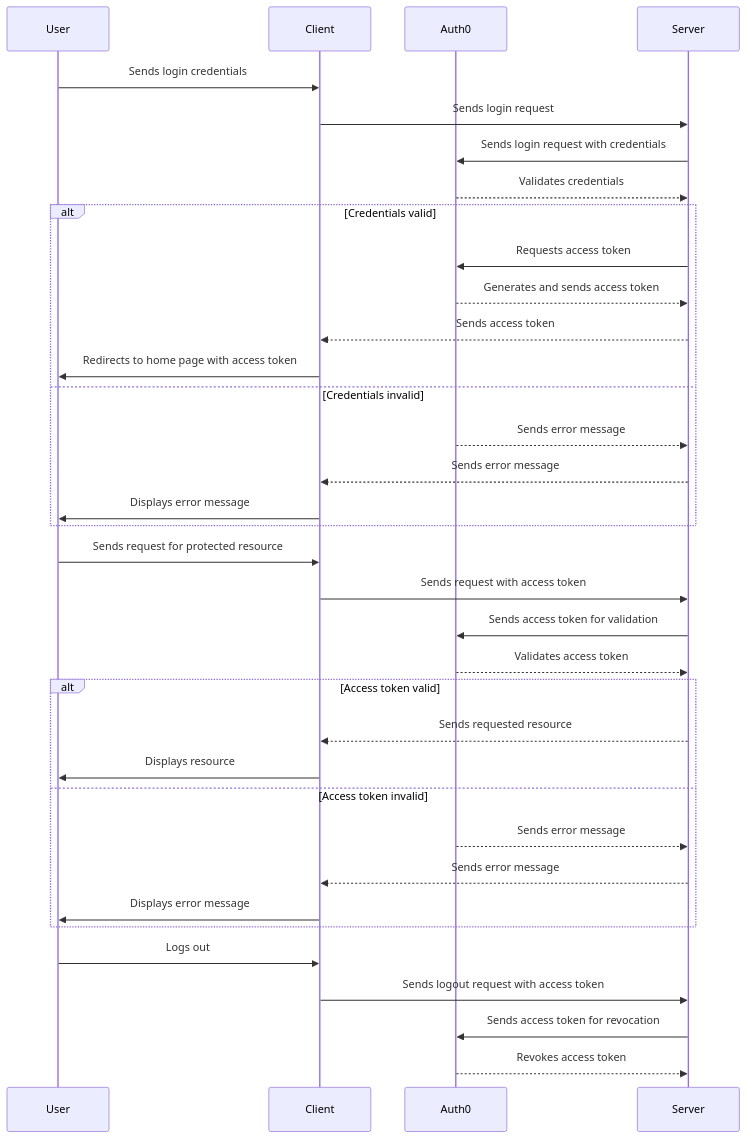
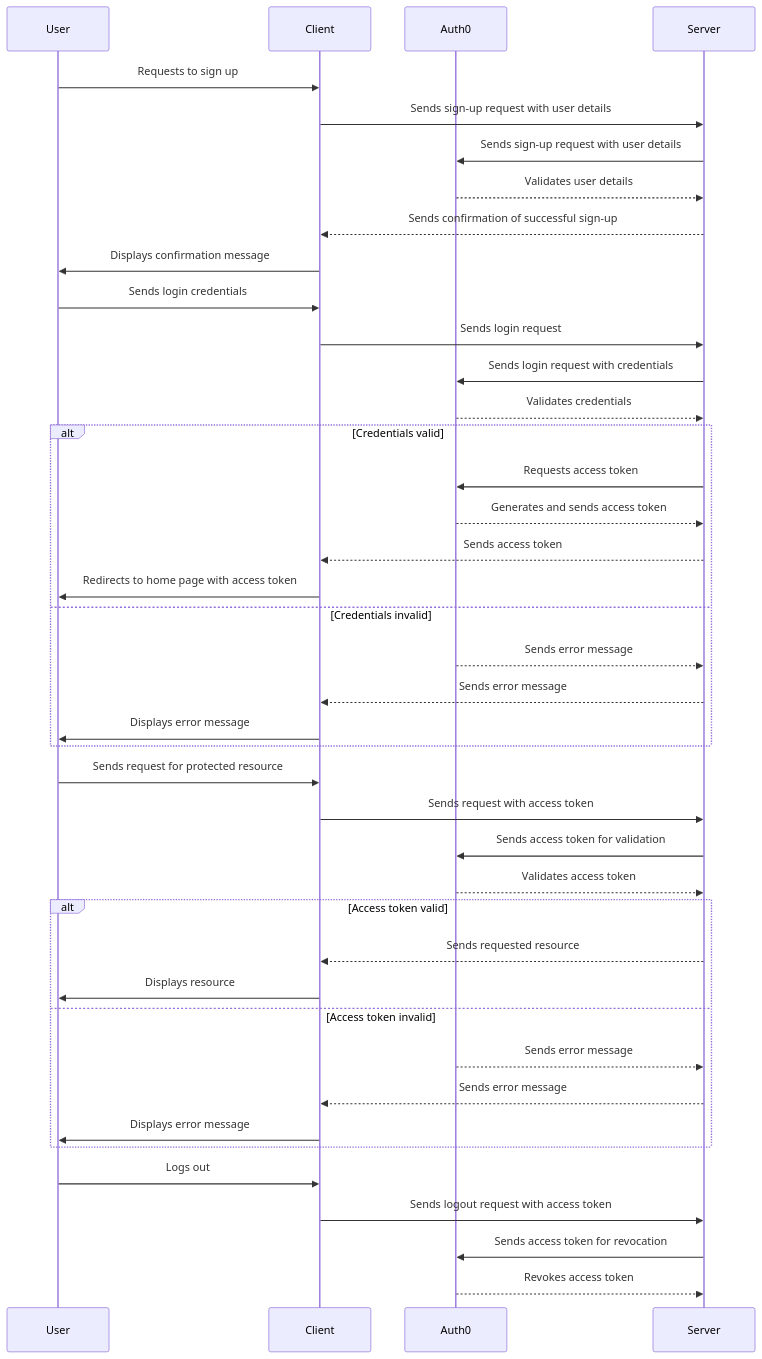
One commit to bymayanksingh/fitness-app changed the diagram in README.md. Above: the diagram before and after it, drawn with Mermaid. The commit also changed other lines of this file, not shown here.

````diff
--- a/README.md
+++ b/README.md
@@ -5,37 +5,43 @@
 ```mermaid
 sequenceDiagram
     participant User
     participant Client
     participant Auth0
     participant Server
+    User->>Client: Requests to sign up
+    Client->>Server: Sends sign-up request with user details
+    Server->>Auth0: Sends sign-up request with user details
+    Auth0-->>Server: Validates user details
+    Server-->>Client: Sends confirmation of successful sign-up
+    Client->>User: Displays confirmation message
     User->>Client: Sends login credentials
     Client->>Server: Sends login request
     Server->>Auth0: Sends login request with credentials
     Auth0-->>Server: Validates credentials
     alt Credentials valid
         Server->>Auth0: Requests access token
         Auth0-->>Server: Generates and sends access token
         Server-->>Client: Sends access token
         Client->>User: Redirects to home page with access token
     else Credentials invalid
         Auth0-->>Server: Sends error message
         Server-->>Client: Sends error message
         Client->>User: Displays error message
     end
     User->>Client: Sends request for protected resource
     Client->>Server: Sends request with access token
     Server->>Auth0: Sends access token for validation
     Auth0-->>Server: Validates access token
     alt Access token valid
         Server-->>Client: Sends requested resource
         Client->>User: Displays resource
     else Access token invalid
         Auth0-->>Server: Sends error message
         Server-->>Client: Sends error message
         Client->>User: Displays error message
     end
     User->>Client: Logs out
     Client->>Server: Sends logout request with access token
     Server->>Auth0: Sends access token for revocation
     Auth0-->>Server: Revokes access token
 ```
````
